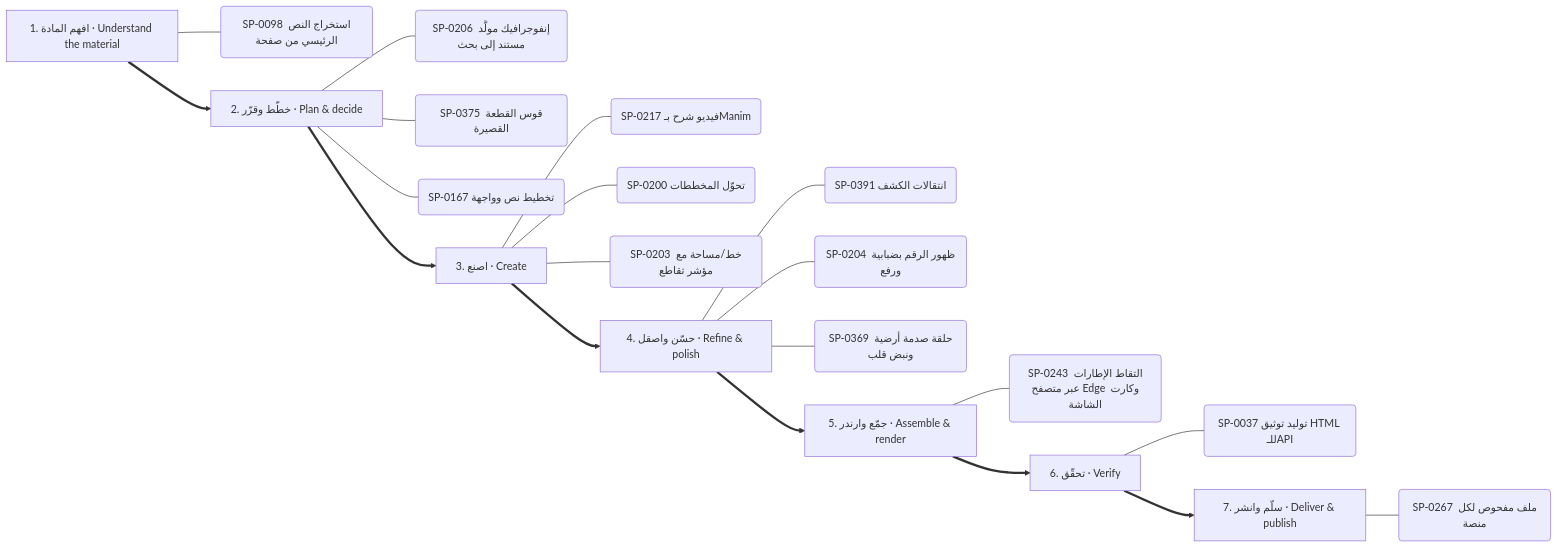
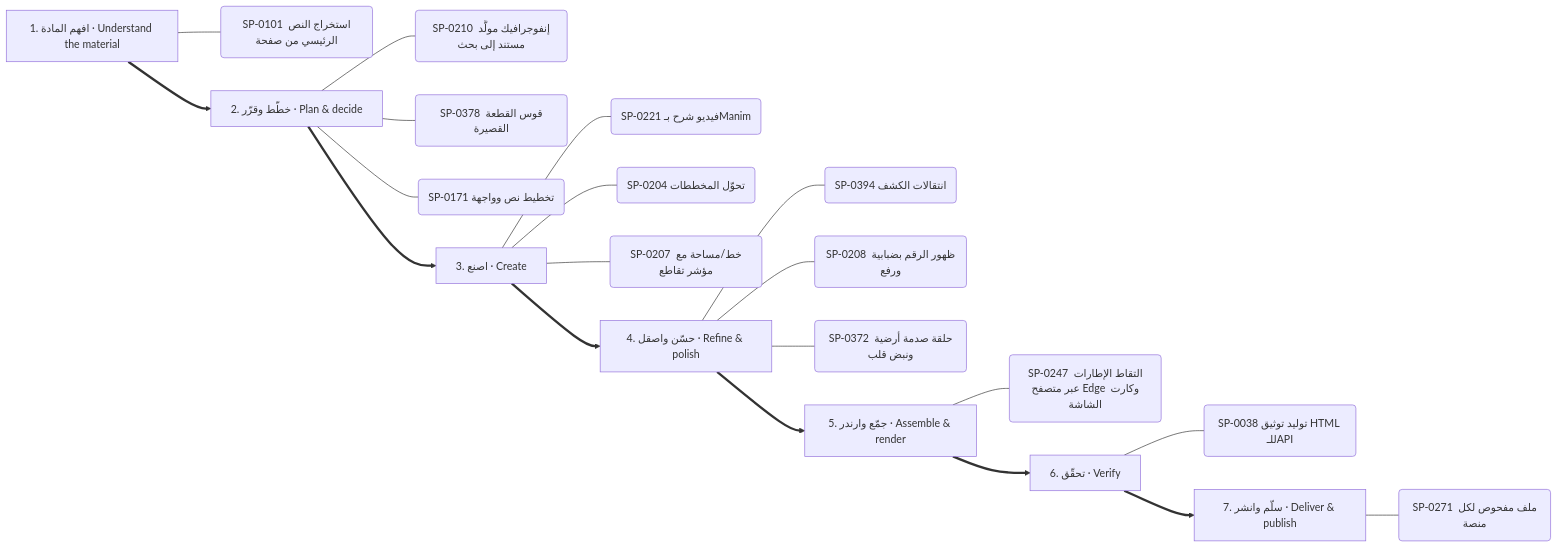
One commit to kosif199022-jpg/kosif-tool changed the fifth of 13 diagrams in .claude/skills/kosif-superpowers/references/capability-mindmap.md. Above: the diagram before and after it, drawn with Mermaid. The commit also changed other lines of this file and 61 other files, not shown here.

````diff
--- a/.claude/skills/kosif-superpowers/references/capability-mindmap.md
+++ b/.claude/skills/kosif-superpowers/references/capability-mindmap.md
@@ -271,29 +272,29 @@
 ```mermaid
 flowchart LR
   S0["1. افهم المادة · Understand the material"]
-  S0 --- S0_0("SP-0098 استخراج النص الرئيسي من صفحة")
+  S0 --- S0_0("SP-0101 استخراج النص الرئيسي من صفحة")
   S1["2. خطّط وقرّر · Plan & decide"]
-  S1 --- S1_0("SP-0206 إنفوجرافيك مولَّد مستند إلى بحث")
-  S1 --- S1_1("SP-0375 قوس القطعة القصيرة")
-  S1 --- S1_2("SP-0167 تخطيط نص وواجهة")
+  S1 --- S1_0("SP-0210 إنفوجرافيك مولَّد مستند إلى بحث")
+  S1 --- S1_1("SP-0378 قوس القطعة القصيرة")
+  S1 --- S1_2("SP-0171 تخطيط نص وواجهة")
   S0 ==> S1
   S2["3. اصنع · Create"]
-  S2 --- S2_0("SP-0217 فيديو شرح بـManim")
-  S2 --- S2_1("SP-0200 تحوّل المخططات")
-  S2 --- S2_2("SP-0203 خط/مساحة مع مؤشر تقاطع")
+  S2 --- S2_0("SP-0221 فيديو شرح بـManim")
+  S2 --- S2_1("SP-0204 تحوّل المخططات")
+  S2 --- S2_2("SP-0207 خط/مساحة مع مؤشر تقاطع")
   S1 ==> S2
   S3["4. حسّن واصقل · Refine & polish"]
-  S3 --- S3_0("SP-0391 انتقالات الكشف")
-  S3 --- S3_1("SP-0204 ظهور الرقم بضبابية ورفع")
-  S3 --- S3_2("SP-0369 حلقة صدمة أرضية ونبض قلب")
+  S3 --- S3_0("SP-0394 انتقالات الكشف")
+  S3 --- S3_1("SP-0208 ظهور الرقم بضبابية ورفع")
+  S3 --- S3_2("SP-0372 حلقة صدمة أرضية ونبض قلب")
   S2 ==> S3
   S4["5. جمّع وارندر · Assemble & render"]
-  S4 --- S4_0("SP-0243 التقاط الإطارات عبر متصفح Edge وكارت الشاشة")
+  S4 --- S4_0("SP-0247 التقاط الإطارات عبر متصفح Edge وكارت الشاشة")
   S3 ==> S4
   S5["6. تحقّق · Verify"]
-  S5 --- S5_0("SP-0037 توليد توثيق HTML للـAPI")
+  S5 --- S5_0("SP-0038 توليد توثيق HTML للـAPI")
   S4 ==> S5
   S6["7. سلّم وانشر · Deliver & publish"]
-  S6 --- S6_0("SP-0267 ملف مفحوص لكل منصة")
+  S6 --- S6_0("SP-0271 ملف مفحوص لكل منصة")
   S5 ==> S6
 ```
````
